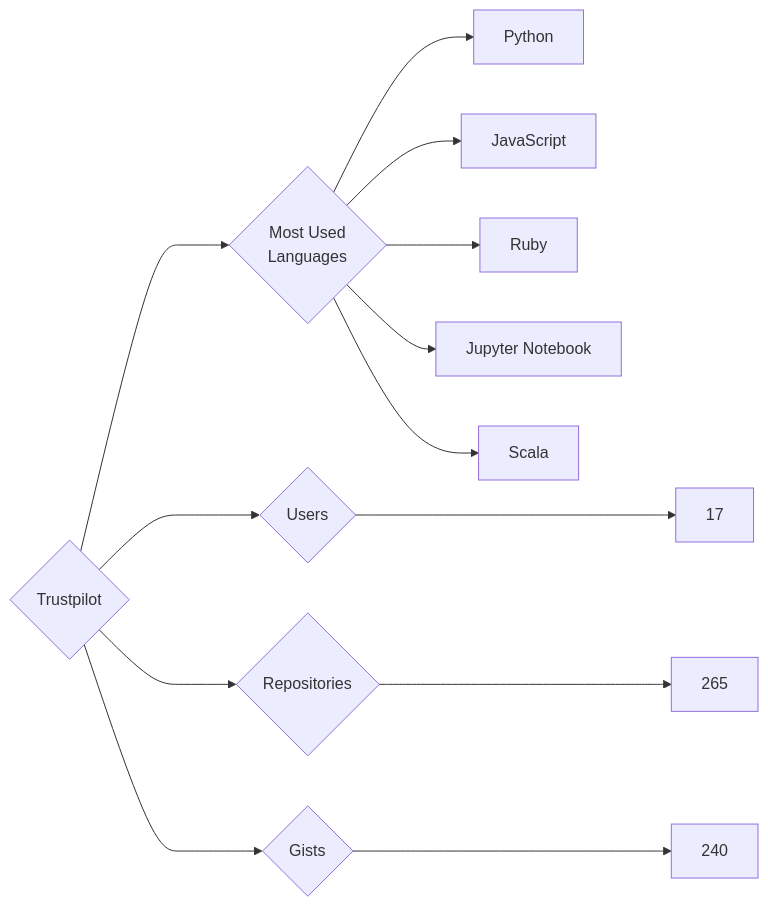
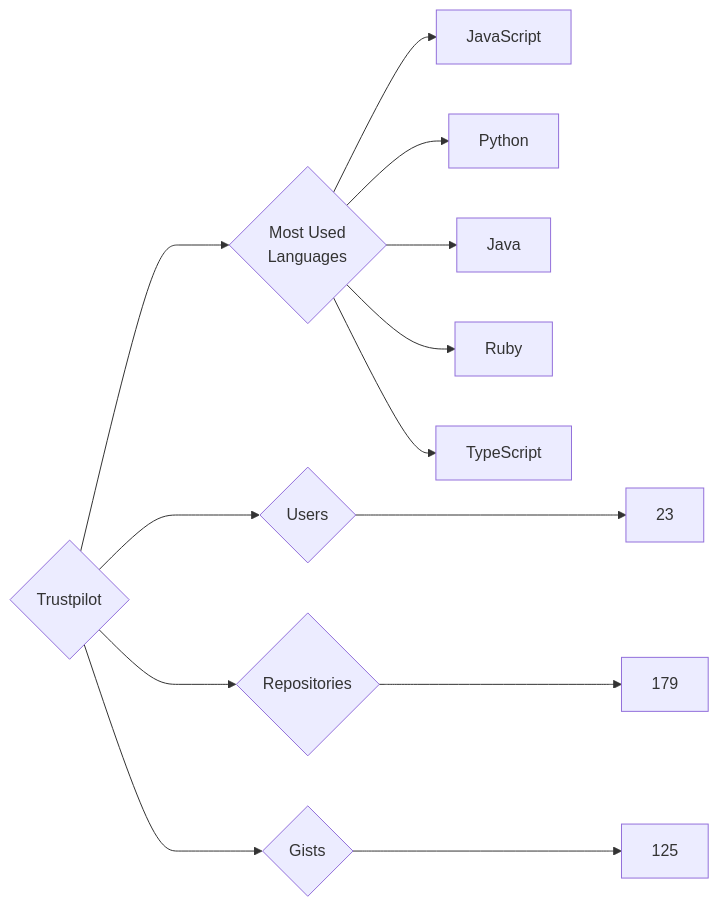
The diagram in targets/Trustpilot/README.md (trickest/insiders), drawn with Mermaid before and after one commit. The commit also changed 1508 other files, not shown here.

````diff
--- a/targets/Trustpilot/README.md
+++ b/targets/Trustpilot/README.md
@@ -3,13 +3,13 @@
 ```mermaid
 graph LR
 COMPANY_NAME{Trustpilot}
-COMPANY_NAME ---> U{Users} ---> UN[17]
-COMPANY_NAME ---> R{Repositories} ---> RN[265]
-COMPANY_NAME ---> G{Gists} ---> GN[240]
+COMPANY_NAME ---> U{Users} ---> UN[23]
+COMPANY_NAME ---> R{Repositories} ---> RN[179]
+COMPANY_NAME ---> G{Gists} ---> GN[125]
 COMPANY_NAME ---> ML{Most Used<br>Languages}
+ML --> JavaScript[JavaScript]
 ML --> Python[Python]
-ML --> JavaScript[JavaScript]
+ML --> Java[Java]
 ML --> Ruby[Ruby]
-ML --> Jupyter_Notebook[Jupyter Notebook]
-ML --> Scala[Scala]
+ML --> TypeScript[TypeScript]
 ```
````
